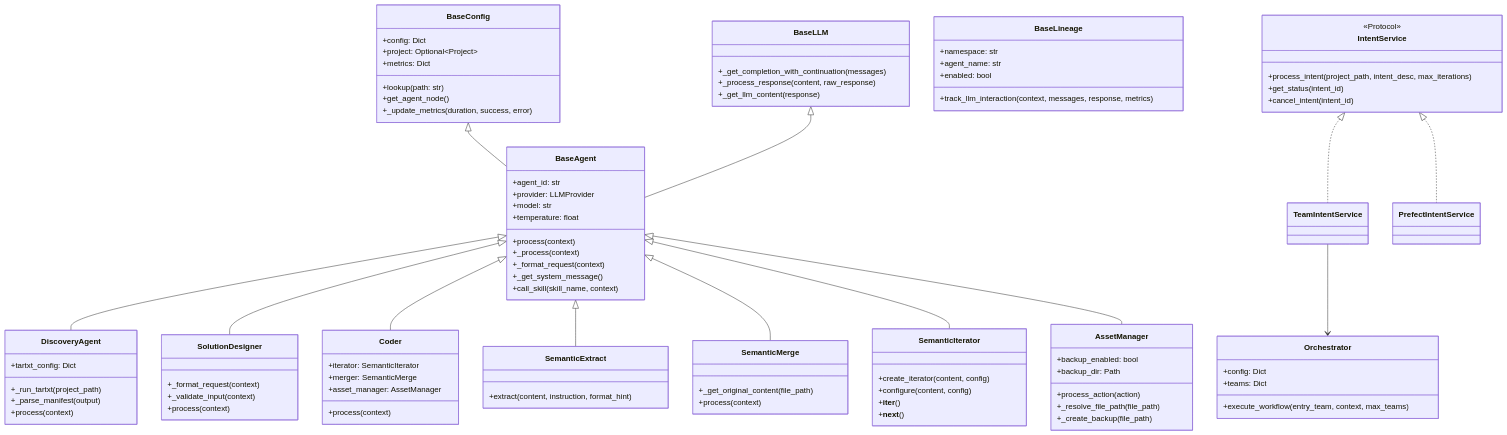
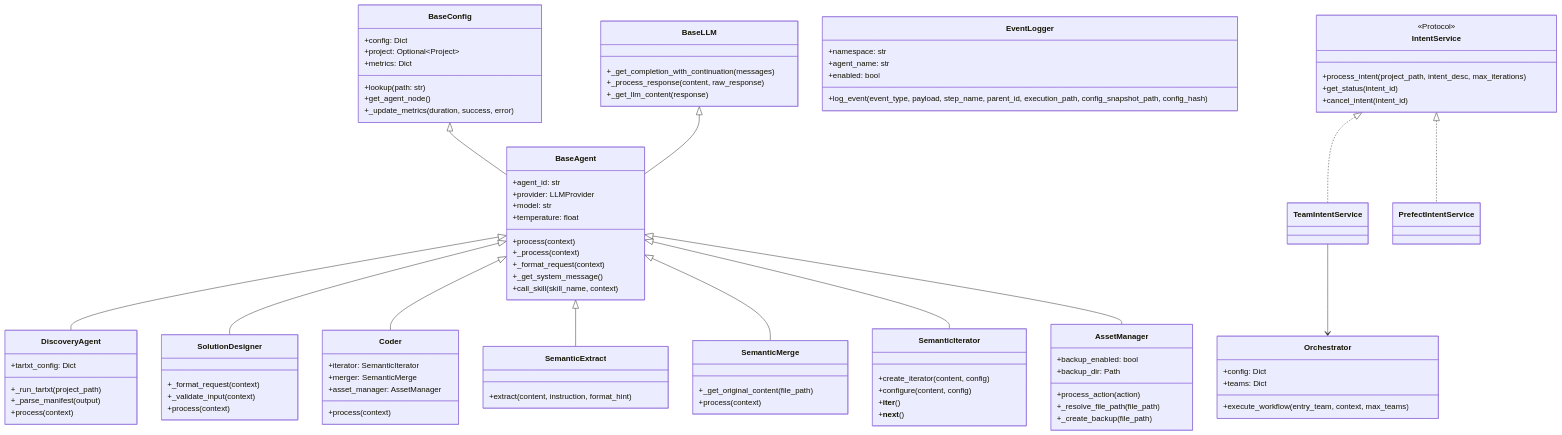
The diagram in c4h_services/c4h_services_api_doc.md (foolishimp/c4h), drawn with Mermaid before and after one commit. The commit also changed other lines of this file and 3 other files, not shown here.

```diff
--- a/c4h_services/c4h_services_api_doc.md
+++ b/c4h_services/c4h_services_api_doc.md
@@ -93,11 +92,11 @@
         +_get_system_message()
         +call_skill(skill_name, context)
     }
-    class BaseLineage {
+    class EventLogger {
         +namespace: str
         +agent_name: str
         +enabled: bool
-        +track_llm_interaction(context, messages, response, metrics)
+        +log_event(event_type, payload, step_name, parent_id, execution_path, config_snapshot_path, config_hash)
     }
     class DiscoveryAgent {
         +tartxt_config: Dict
```
